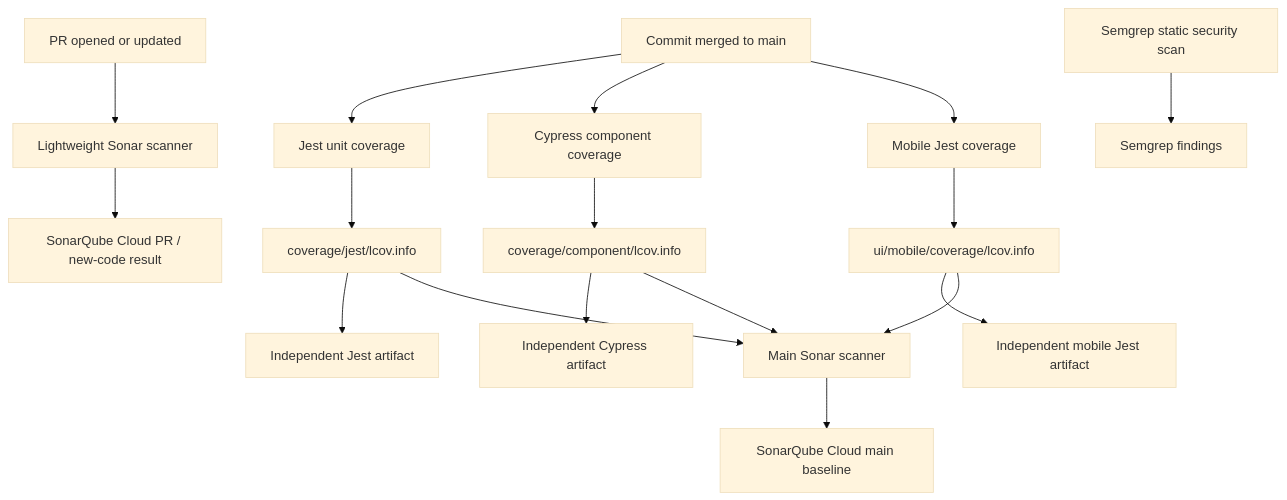
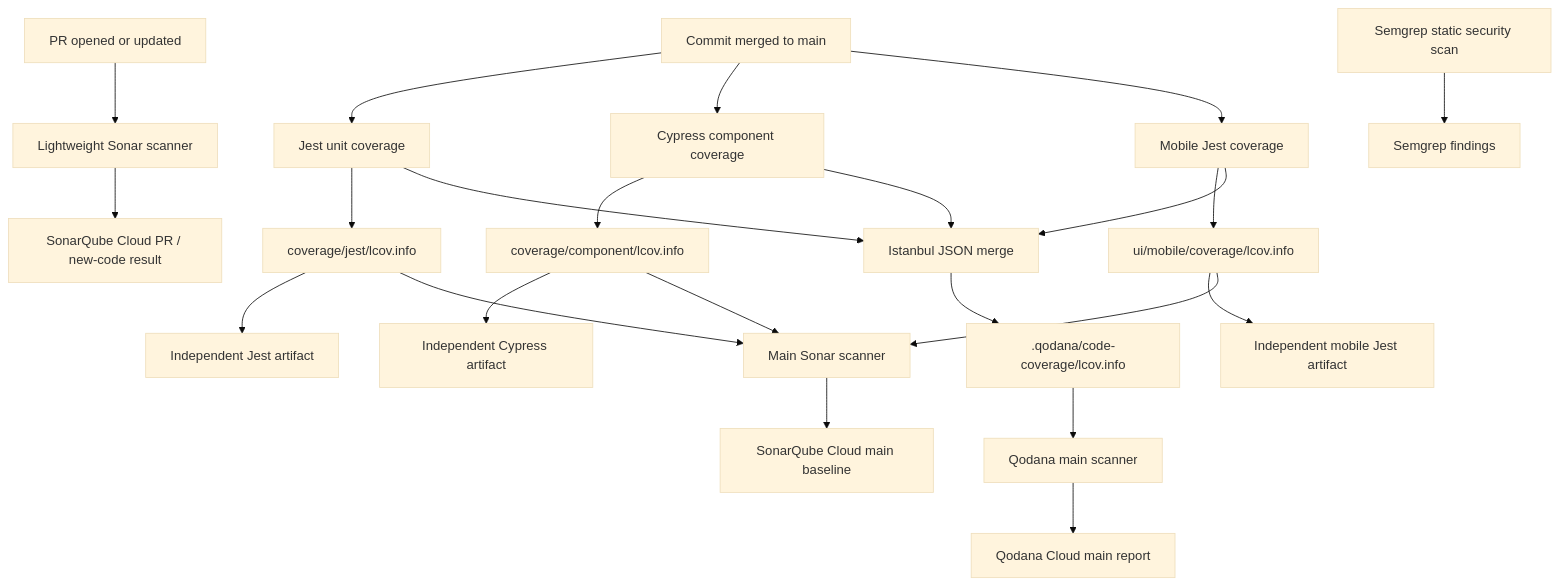
The diagram in docs/ai/design/feature-sonar-test-coverage.md (koreyba/EverFreeNote), drawn with Mermaid (base theme) before and after one commit. The commit also changed other lines of this file and 6 other files, not shown here.

Commit message:
Add shared main coverage analysis

````diff
--- a/docs/ai/design/feature-sonar-test-coverage.md
+++ b/docs/ai/design/feature-sonar-test-coverage.md
@@ -11,21 +11,28 @@
 ```mermaid
 flowchart TD
   PR["PR opened or updated"] --> PRScan["Lightweight Sonar scanner"]
   PRScan --> PRCloud["SonarQube Cloud PR / new-code result"]
 
   Main["Commit merged to main"] --> Unit["Jest unit coverage"]
   Main --> Component["Cypress component coverage"]
   Main --> Mobile["Mobile Jest coverage"]
   Unit --> UnitLCOV["coverage/jest/lcov.info"]
   Component --> ComponentLCOV["coverage/component/lcov.info"]
   Mobile --> MobileLCOV["ui/mobile/coverage/lcov.info"]
   UnitLCOV --> UnitArtifact["Independent Jest artifact"]
   ComponentLCOV --> ComponentArtifact["Independent Cypress artifact"]
   MobileLCOV --> MobileArtifact["Independent mobile Jest artifact"]
   UnitLCOV --> MainScan["Main Sonar scanner"]
   ComponentLCOV --> MainScan
   MobileLCOV --> MainScan
   MainScan --> MainCloud["SonarQube Cloud main baseline"]
 
+  Unit --> QodanaMerge["Istanbul JSON merge"]
+  Component --> QodanaMerge
+  Mobile --> QodanaMerge
+  QodanaMerge --> QodanaLCOV[".qodana/code-coverage/lcov.info"]
+  QodanaLCOV --> QodanaScan["Qodana main scanner"]
+  QodanaScan --> QodanaCloud["Qodana Cloud main report"]
+
   Semgrep["Semgrep static security scan"] --> SemgrepCloud["Semgrep findings"]
 ```
````
